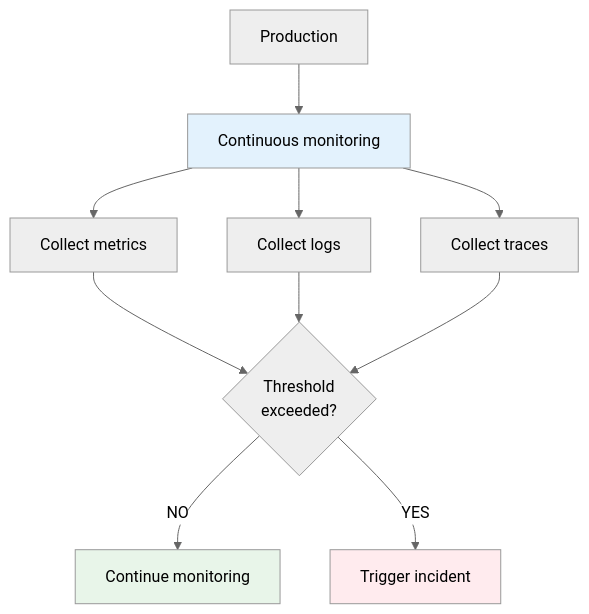
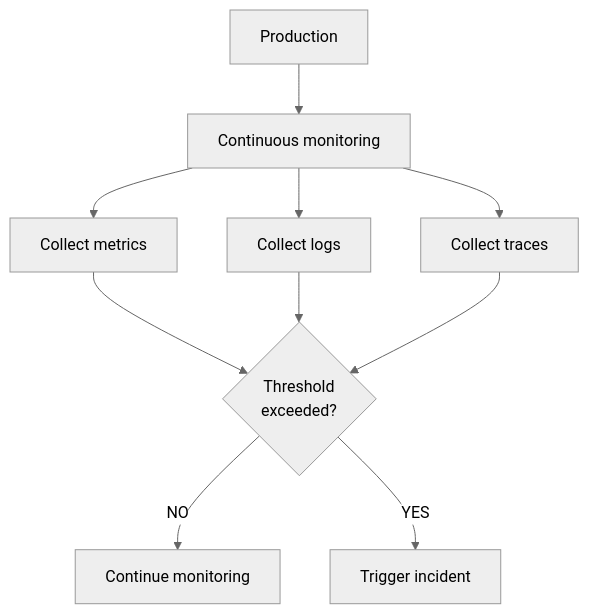
One commit to ready-to-release/eac changed the fifth of 6 diagrams in docs/explanation/continuous-delivery/cd-model/cd-model-stages-7-12.md. Above: the diagram before and after it, drawn with Mermaid (neutral theme). The commit also changed other lines of this file and 28 other files, not shown here.

````diff
--- a/docs/explanation/continuous-delivery/cd-model/cd-model-stages-7-12.md
+++ b/docs/explanation/continuous-delivery/cd-model/cd-model-stages-7-12.md
@@ -426,18 +414,15 @@
 ```mermaid
 flowchart TD
     Prod[Production] --> Monitor[Continuous monitoring]
     Monitor --> Metrics[Collect metrics]
     Monitor --> Logs[Collect logs]
     Monitor --> Traces[Collect traces]
 
     Metrics --> Alert{Threshold<br/>exceeded?}
     Logs --> Alert
     Traces --> Alert
 
     Alert -->|NO| Continue[Continue monitoring]
     Alert -->|YES| Incident[Trigger incident]
 
-    style Monitor fill:#e3f2fd
-    style Continue fill:#e8f5e9
-    style Incident fill:#ffebee
 ```
````
